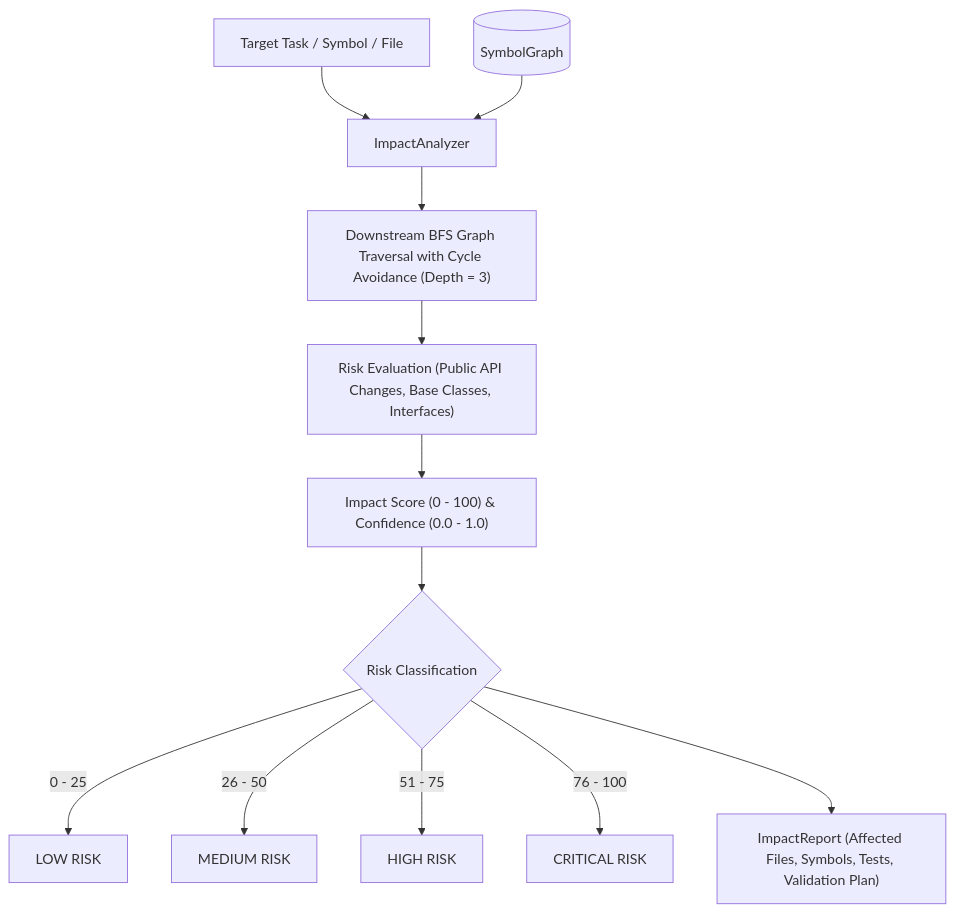
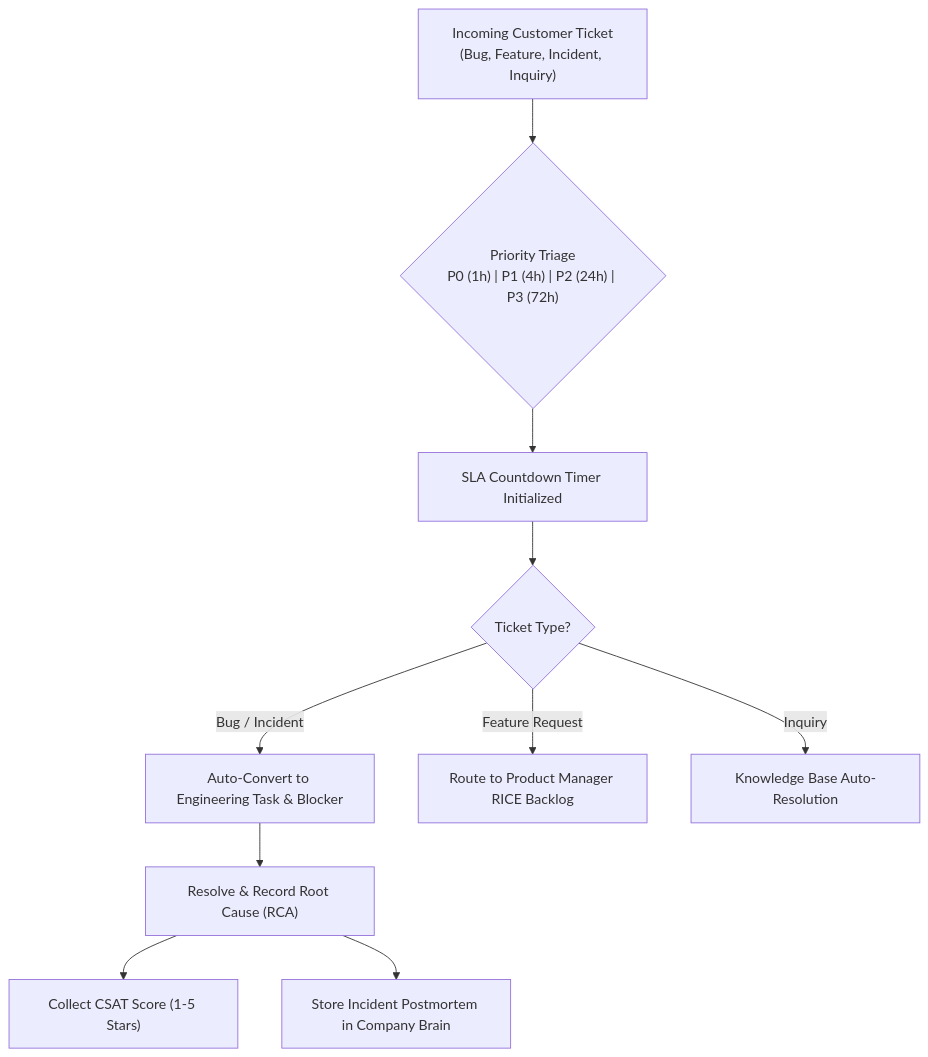
One commit to legion0069/AutoDev-Agent changed diagram 12 of 14 in README.md. Above: the diagram before and after it, drawn with Mermaid. The commit also changed other lines of this file and 553 other files, not shown here.

````diff
--- a/README.md
+++ b/README.md
@@ -639,14 +455,12 @@
 ```mermaid
 flowchart TD
-    Target["Target Task / Symbol / File"] --> IA["ImpactAnalyzer"]
-    Graph[("SymbolGraph")] --> IA
-    IA --> Traverse["Downstream BFS Graph Traversal with Cycle Avoidance (Depth = 3)"]
-    Traverse --> RiskEval["Risk Evaluation (Public API Changes, Base Classes, Interfaces)"]
-    RiskEval --> Score["Impact Score (0 - 100) & Confidence (0.0 - 1.0)"]
-    Score --> Classification{"Risk Classification"}
-    Classification --> |"0 - 25"| Low["LOW RISK"]
-    Classification --> |"26 - 50"| Med["MEDIUM RISK"]
-    Classification --> |"51 - 75"| High["HIGH RISK"]
-    Classification --> |"76 - 100"| Crit["CRITICAL RISK"]
-    Classification --> Report["ImpactReport (Affected Files, Symbols, Tests, Validation Plan)"]
+    Ticket["Incoming Customer Ticket\n(Bug, Feature, Incident, Inquiry)"] --> Triage{"Priority Triage\nP0 (1h) | P1 (4h) | P2 (24h) | P3 (72h)"}
+    Triage --> SLA["SLA Countdown Timer Initialized"]
+    SLA --> Route{"Ticket Type?"}
+    Route -->|Bug / Incident| EngTask["Auto-Convert to Engineering Task & Blocker"]
+    Route -->|Feature Request| PMBacklog["Route to Product Manager RICE Backlog"]
+    Route -->|Inquiry| AutoResolve["Knowledge Base Auto-Resolution"]
+    EngTask --> Resolve["Resolve & Record Root Cause (RCA)"]
+    Resolve --> CSAT["Collect CSAT Score (1-5 Stars)"]
+    Resolve --> Postmortem["Store Incident Postmortem in Company Brain"]
 ```
````
